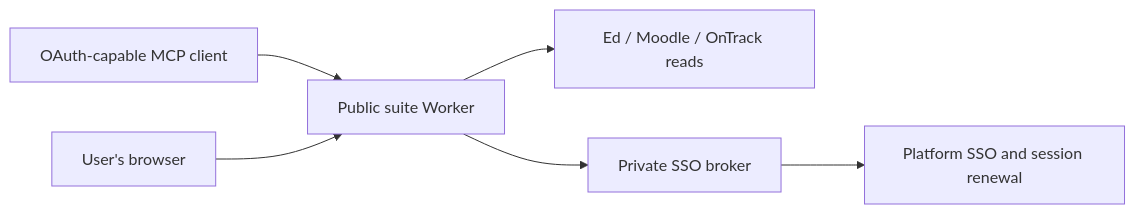
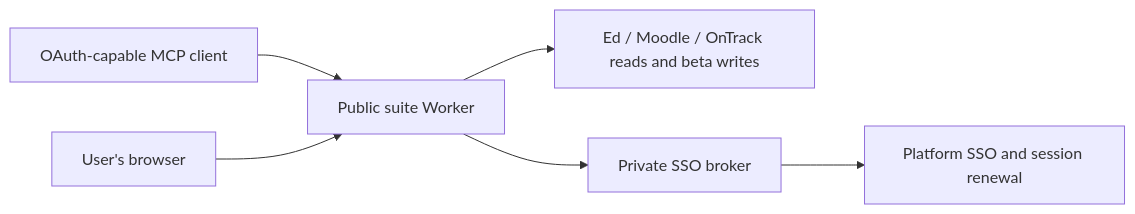
The diagram in docs/architecture.md (yunfenglong/learning-mcp), drawn with Mermaid before and after one commit. The commit also changed other lines of this file and 42 other files, not shown here.

Commit message:
feat: add preview-confirmed educational writes to the beta suite

````diff
--- a/docs/architecture.md
+++ b/docs/architecture.md
@@ -5,8 +5,8 @@
 ```mermaid
 flowchart LR
   Client[OAuth-capable MCP client] --> Suite[Public suite Worker]
   Browser[User's browser] --> Suite
-  Suite --> Platforms[Ed / Moodle / OnTrack reads]
+  Suite --> Platforms[Ed / Moodle / OnTrack reads and beta writes]
   Suite --> Broker[Private SSO broker]
   Broker --> Login[Platform SSO and session renewal]
 ```
````
